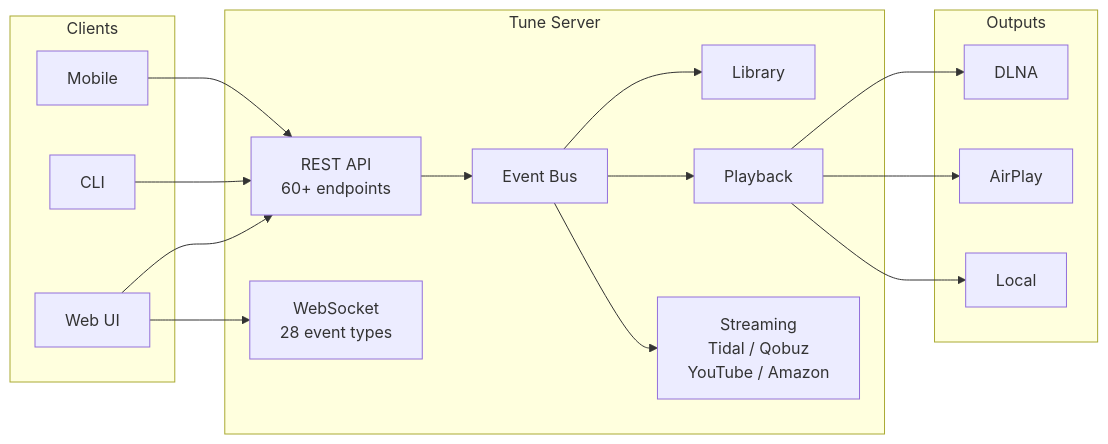
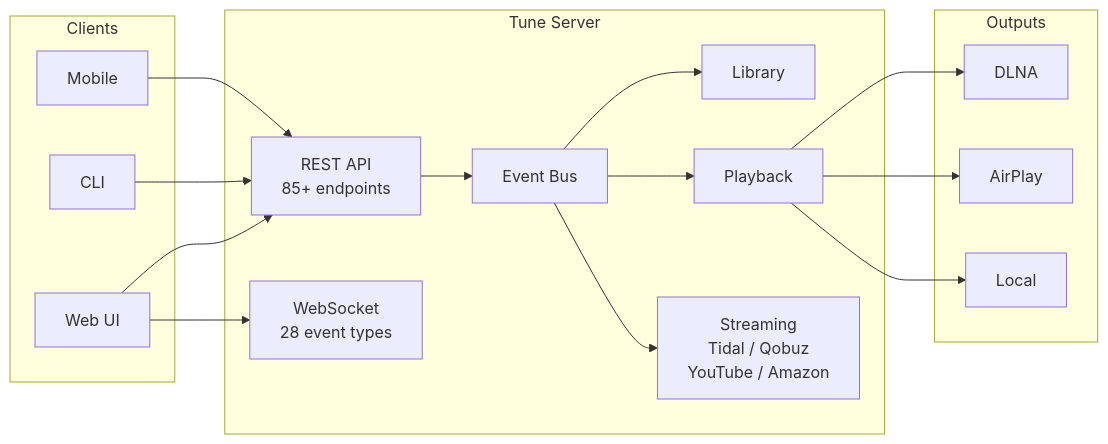
One commit to renesenses/tune-server-linux changed the second of 2 diagrams in docs/project/index.md. Above: the diagram before and after it, drawn with Mermaid. The commit also changed other lines of this file and 7 other files, not shown here.

````diff
--- a/docs/project/index.md
+++ b/docs/project/index.md
@@ -97,35 +122,35 @@
 ```mermaid
 graph LR
     subgraph Clients
         WEB["Web UI"]
         CLI["CLI"]
         MOBILE["Mobile"]
     end
 
     subgraph Server["Tune Server"]
-        API["REST API<br>60+ endpoints"]
+        API["REST API<br>85+ endpoints"]
         WS["WebSocket<br>28 event types"]
         BUS["Event Bus"]
         LIB["Library"]
         PLAY["Playback"]
         STREAM["Streaming<br>Tidal / Qobuz<br>YouTube / Amazon"]
     end
 
     subgraph Outputs
         DLNA["DLNA"]
         AIRPLAY["AirPlay"]
         LOCAL["Local"]
     end
 
     WEB --> API
     CLI --> API
     MOBILE --> API
     WEB --> WS
     API --> BUS
     BUS --> LIB
     BUS --> PLAY
     BUS --> STREAM
     PLAY --> DLNA
     PLAY --> AIRPLAY
     PLAY --> LOCAL
 ```
````
